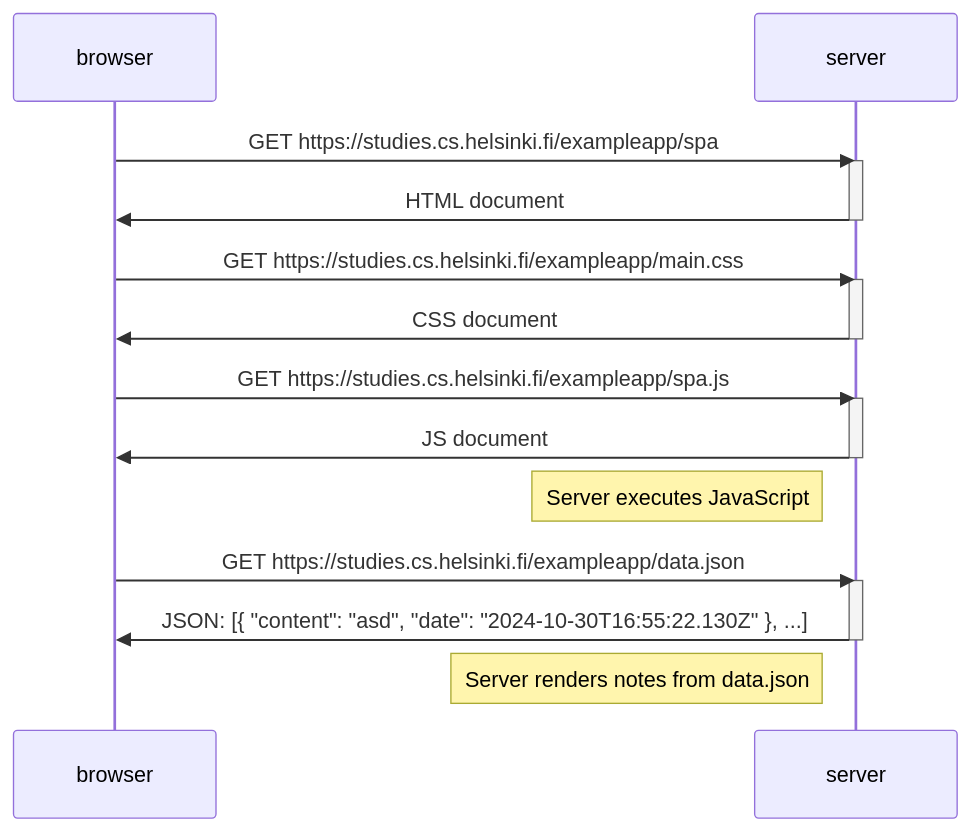
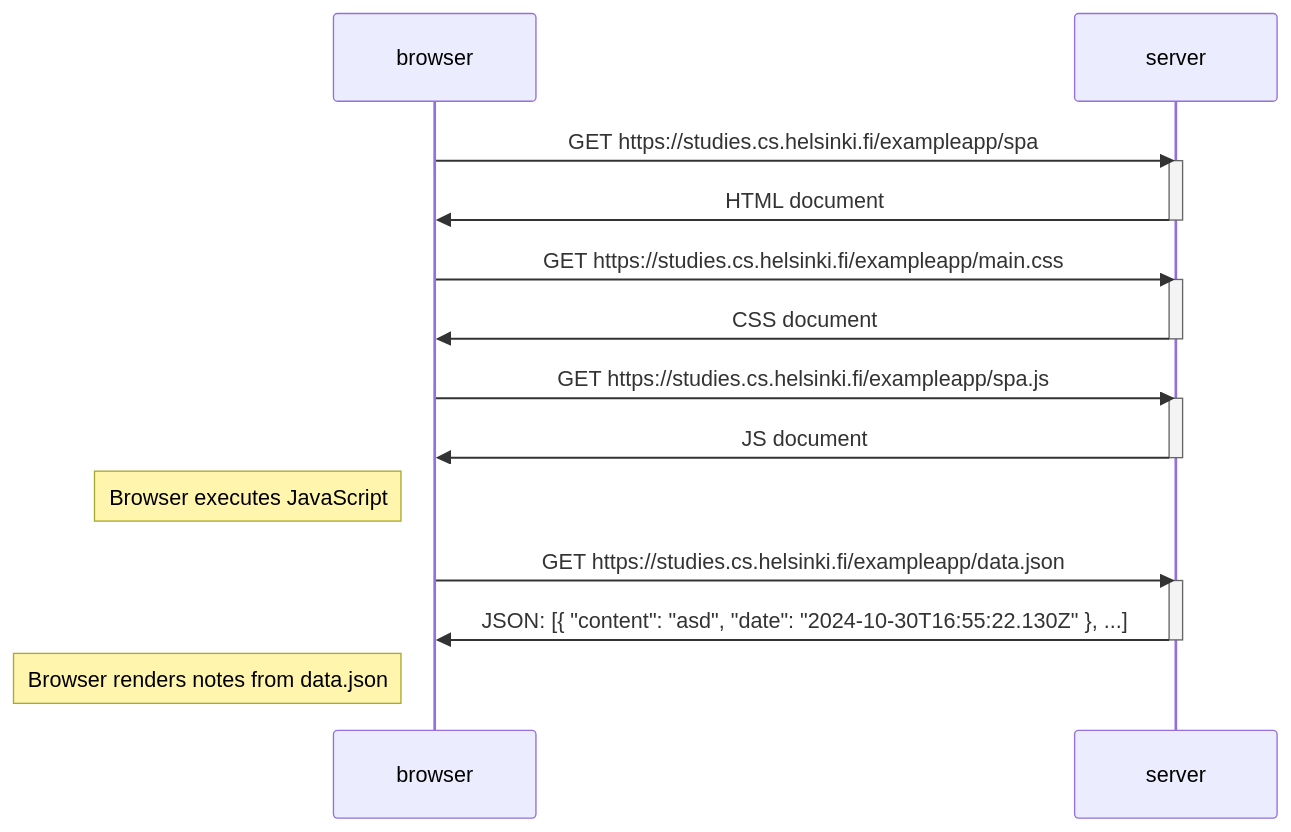
Before and after one commit to Risclover/fullstackopen: the diagram in part-0/0.5-single-page-app-diagram.md, drawn with Mermaid.

Commit message:
change browser to server in notes

````diff
--- a/part-0/0.5-single-page-app-diagram.md
+++ b/part-0/0.5-single-page-app-diagram.md
@@ -1,29 +1,29 @@
 ```mermaid
 sequenceDiagram
 participant browser
 participant server
 
     browser->>server: GET https://studies.cs.helsinki.fi/exampleapp/spa
     activate server
     server->>browser: HTML document
     deactivate server
 
     browser->>server: GET https://studies.cs.helsinki.fi/exampleapp/main.css
     activate server
     server->>browser: CSS document
     deactivate server
 
     browser->>server: GET https://studies.cs.helsinki.fi/exampleapp/spa.js
     activate server
     server->>browser: JS document
     deactivate server
 
-    Note left of server: Server executes JavaScript
+    Note left of browser: Browser executes JavaScript
 
     browser->>server: GET https://studies.cs.helsinki.fi/exampleapp/data.json
     activate server
     server->>browser: JSON: [{ "content": "asd", "date": "2024-10-30T16:55:22.130Z" }, ...]
     deactivate server
 
-    Note left of server: Server renders notes from data.json
+    Note left of browser: Browser renders notes from data.json
 ```
````
